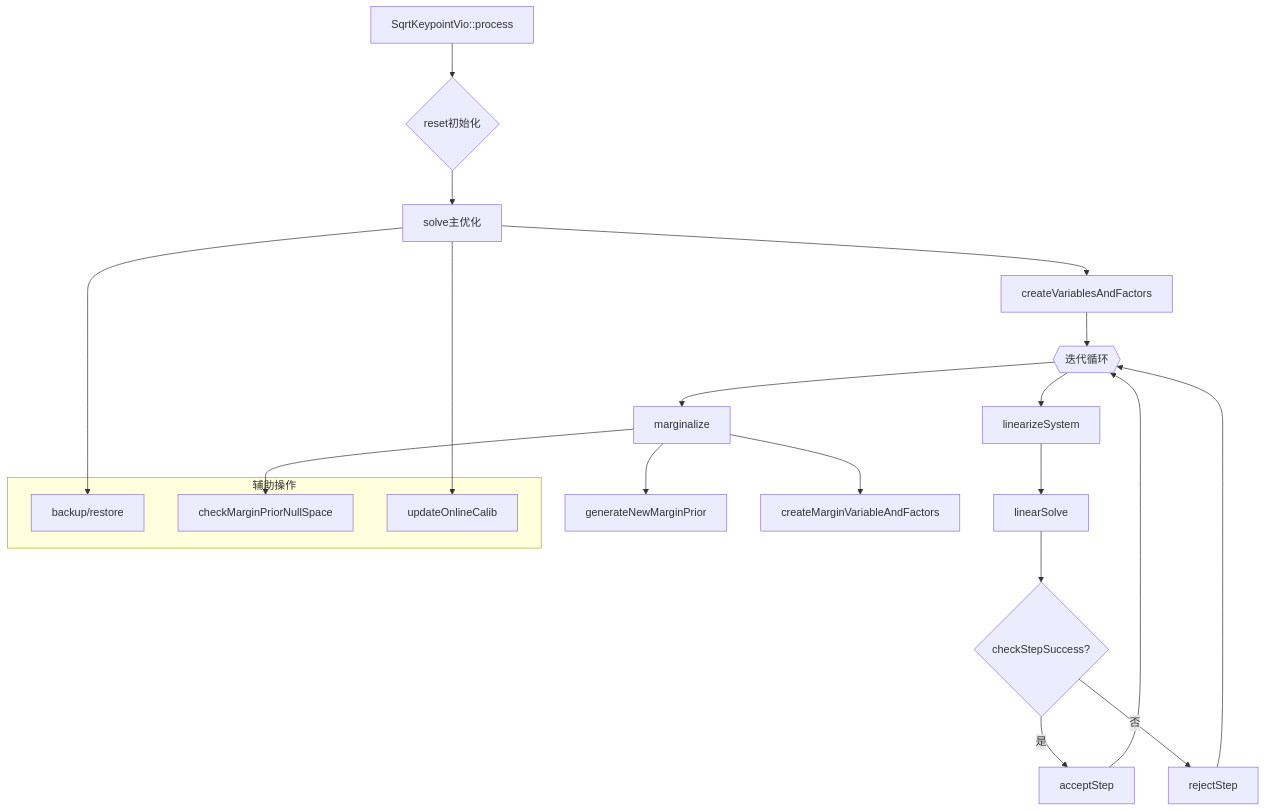
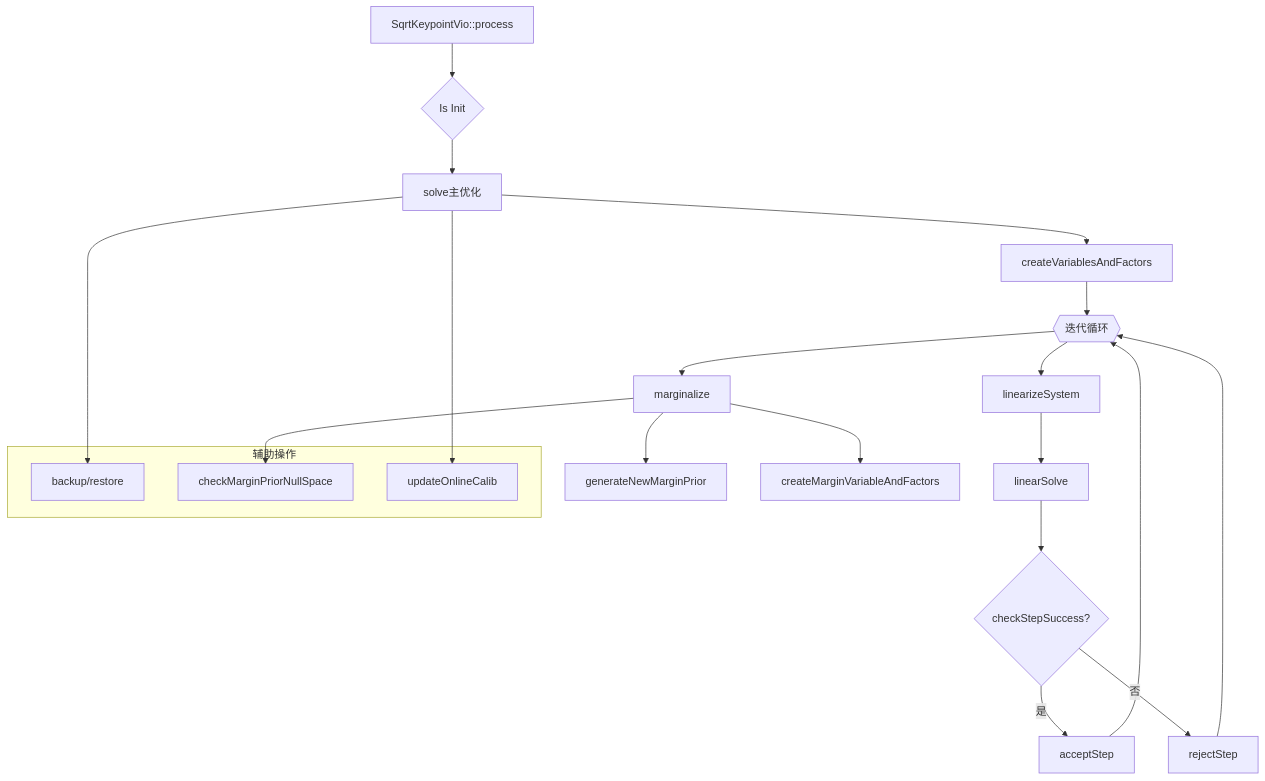
Before and after one commit to huzixuan1/iodraw-files: the diagram in all/未命名-3.md, drawn with Mermaid.

Commit message:
2025-04-21 17:32:46 update

````diff
--- a/all/未命名-3.md
+++ b/all/未命名-3.md
@@ -1,27 +1,27 @@
 ```mermaid
 graph TD
-    A[SqrtKeypointVio::process] --> B{reset初始化}
+    A[SqrtKeypointVio::process] --> B{Is Init}
     B --> C[solve主优化]
     C --> D[createVariablesAndFactors]
     D --> E{{迭代循环}}
     E --> F[linearizeSystem]
     F --> G[linearSolve]
     G --> H{checkStepSuccess?}
     H -- 是 --> I[acceptStep]
     H -- 否 --> J[rejectStep]
     I --> E
     J --> E
     E --> K[marginalize]
     K --> L[generateNewMarginPrior]
     K --> M[createMarginVariableAndFactors]
     
     subgraph 辅助操作
         N[backup/restore]
         O[checkMarginPriorNullSpace]
         P[updateOnlineCalib]
     end
     C --> N
     K --> O
     C --> P
 
 ```
````
